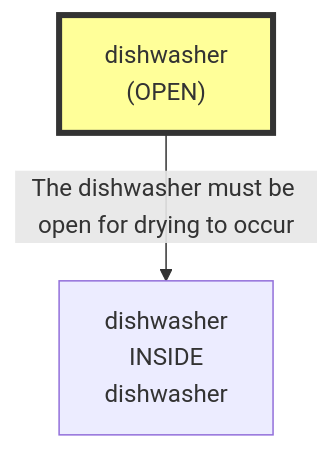
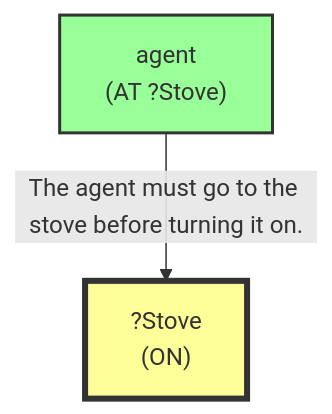
One commit to scuama/virtualhome changed diagram 11 of 17 in evaluation/results/table2/robostate/scale/S7/E_MULTI_G02_S7/run_E_MULTI_G02_S7.md. Above: the diagram before and after it, drawn with Mermaid. The commit also changed other lines of this file and 108 other files, not shown here.

````diff
--- a/evaluation/results/table2/robostate/scale/S7/E_MULTI_G02_S7/run_E_MULTI_G02_S7.md
+++ b/evaluation/results/table2/robostate/scale/S7/E_MULTI_G02_S7/run_E_MULTI_G02_S7.md
@@ -889,7 +953,8 @@
 ```mermaid
 graph TD
-    N1["dishwasher<br>(OPEN)"]
+    N1["?Stove<br>(ON)"]
     style N1 fill:#ff9,stroke:#333,stroke-width:4px
-    N2["dishwasher<br>INSIDE<br>dishwasher"]
-    N1 -->|"The dishwasher must be open for drying to occur"| N2
+    N2["agent<br>(AT ?Stove)"]
+    style N2 fill:#9f9,stroke:#333,stroke-width:2px
+    N2 -->|"The agent must go to the stove before turning it on."| N1
 ```
````
